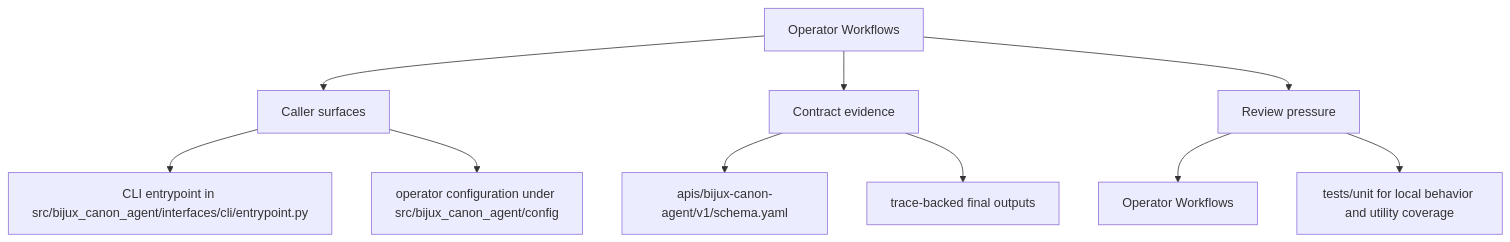
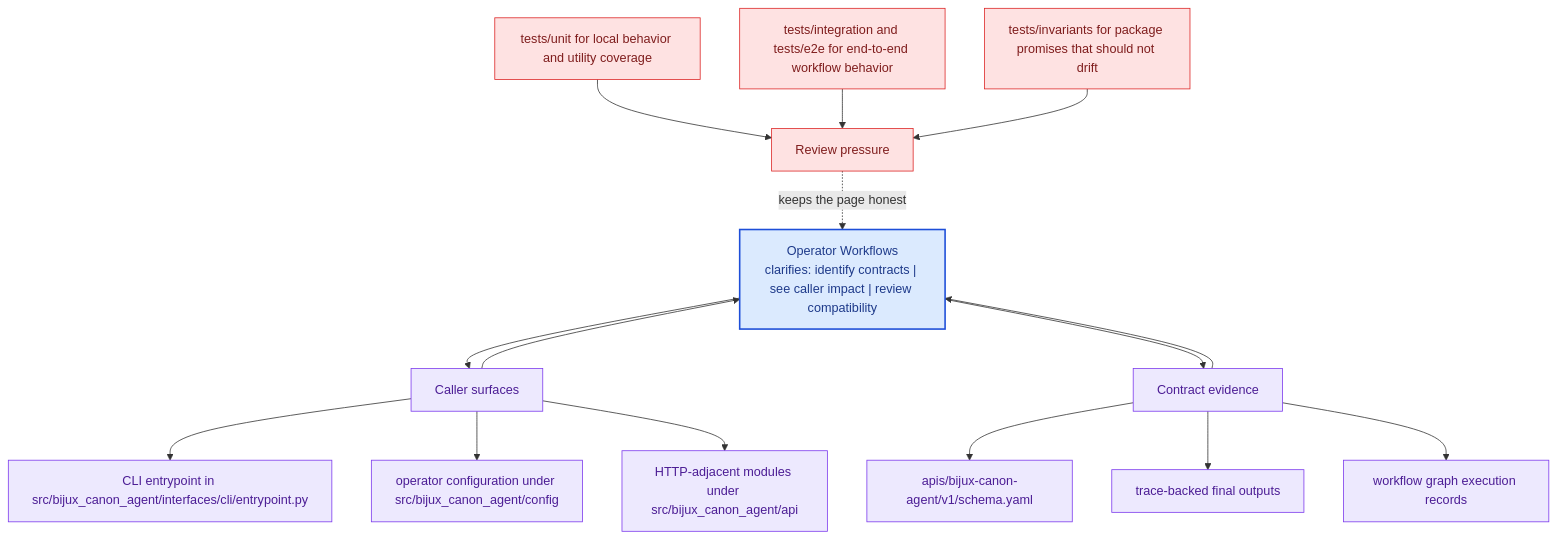
One commit to bijux/bijux-canon changed the second of 2 diagrams in docs/bijux-canon-agent/interfaces/operator-workflows.md. Above: the diagram before and after it, drawn with Mermaid. The commit also changed other lines of this file and 281 other files, not shown here.

Commit message:
docs(diagrams): deepen handbook mermaid maps across the catalog

````diff
--- a/docs/bijux-canon-agent/interfaces/operator-workflows.md
+++ b/docs/bijux-canon-agent/interfaces/operator-workflows.md
@@ -34,22 +67,41 @@
 ```mermaid
-flowchart TD
-    page["Operator Workflows"]
+flowchart TB
+    promise["Operator Workflows<br/>clarifies: identify contracts | see caller impact | review compatibility"]
+    classDef promise fill:#dbeafe,stroke:#1d4ed8,color:#1e3a8a,stroke-width:2px;
+    classDef driver fill:#dcfce7,stroke:#16a34a,color:#14532d;
+    classDef constraint fill:#fee2e2,stroke:#dc2626,color:#7f1d1d;
+    classDef ground fill:#ede9fe,stroke:#7c3aed,color:#4c1d95;
     focus1["Caller surfaces"]
-    page --> focus1
+    focus1 --> promise
+    promise --> focus1
     focus1_1["CLI entrypoint in src/bijux_canon_agent/interfaces/cli/entrypoint.py"]
     focus1 --> focus1_1
     focus1_2["operator configuration under src/bijux_canon_agent/config"]
     focus1 --> focus1_2
+    focus1_3["HTTP-adjacent modules under src/bijux_canon_agent/api"]
+    focus1 --> focus1_3
+    class focus1 ground;
+    class focus1_1,focus1_2,focus1_3 ground;
     focus2["Contract evidence"]
-    page --> focus2
+    focus2 --> promise
+    promise --> focus2
     focus2_1["apis/bijux-canon-agent/v1/schema.yaml"]
     focus2 --> focus2_1
     focus2_2["trace-backed final outputs"]
     focus2 --> focus2_2
+    focus2_3["workflow graph execution records"]
+    focus2 --> focus2_3
+    class focus2 ground;
+    class focus2_1,focus2_2,focus2_3 ground;
     focus3["Review pressure"]
-    page --> focus3
-    focus3_1["Operator Workflows"]
-    focus3 --> focus3_1
-    focus3_2["tests/unit for local behavior and utility coverage"]
-    focus3 --> focus3_2
+    focus3 -.keeps the page honest.-> promise
+    focus3_1["tests/unit for local behavior and utility coverage"]
+    focus3_1 --> focus3
+    focus3_2["tests/integration and tests/e2e for end-to-end workflow behavior"]
+    focus3_2 --> focus3
+    focus3_3["tests/invariants for package promises that should not drift"]
+    focus3_3 --> focus3
+    class focus3 constraint;
+    class focus3_1,focus3_2,focus3_3 constraint;
+    class promise promise;
 ```
````
